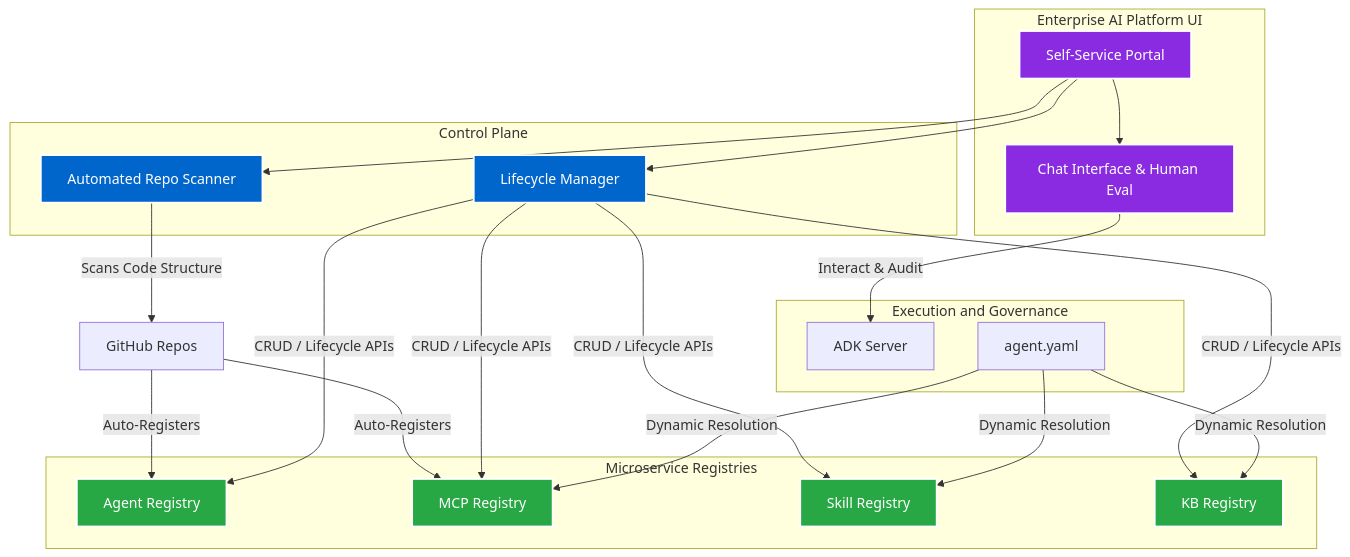
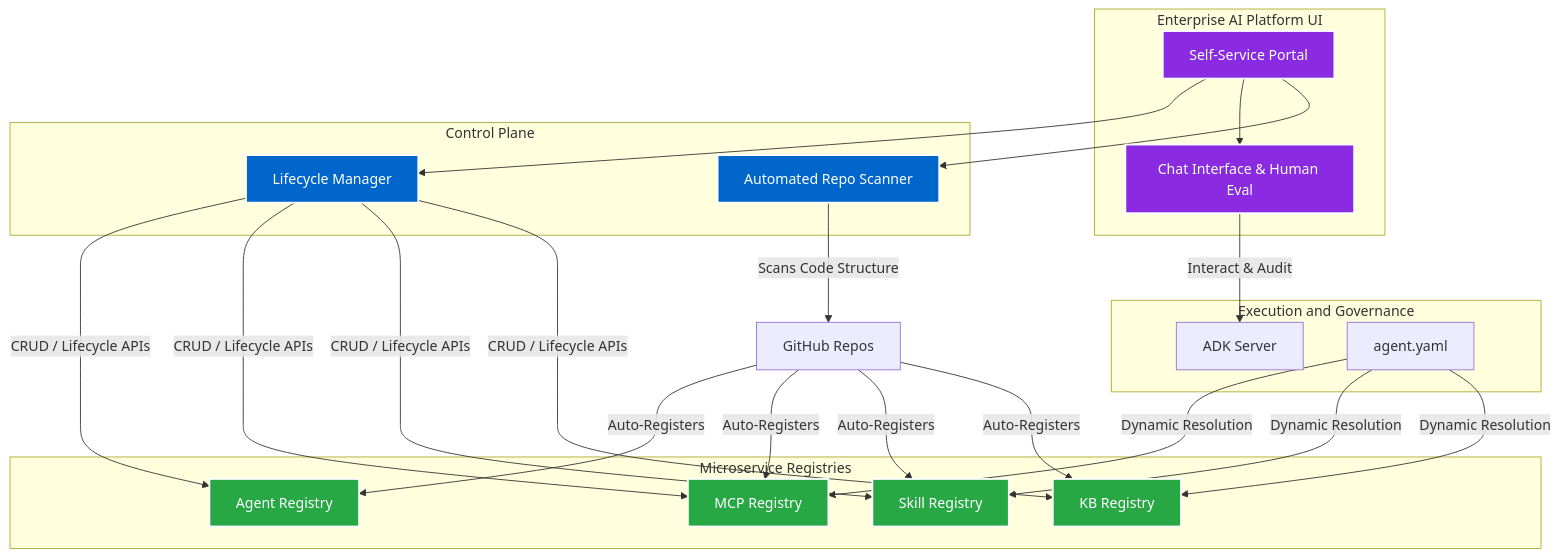
The diagram in src/content/projects/enterprise-ai-platform.md (VinodKumarKP/my_portfolio), drawn with Mermaid before and after one commit.

````diff
--- a/src/content/projects/enterprise-ai-platform.md
+++ b/src/content/projects/enterprise-ai-platform.md
@@ -43,50 +43,52 @@
 ```mermaid
 graph TD
     subgraph SG1 [Enterprise AI Platform UI]
         UI[Self-Service Portal]
         Chat["Chat Interface & Human Eval"]
     end
 
     subgraph SG2 [Control Plane]
         Scanner[Automated Repo Scanner]
         LC[Lifecycle Manager]
     end
 
     subgraph SG3 [Microservice Registries]
         AR[Agent Registry]
         MR[MCP Registry]
         SR[Skill Registry]
         KR[KB Registry]
     end
 
     subgraph SG4 [Execution and Governance]
         ADK[ADK Server]
         YAML["agent.yaml"]
     end
 
     UI --> LC
     UI --> Chat
     UI --> Scanner
 
     Scanner -->|"Scans Code Structure"| GitHub[GitHub Repos]
     GitHub -->|"Auto-Registers"| AR
     GitHub -->|"Auto-Registers"| MR
+    GitHub -->|"Auto-Registers"| SR
+    GitHub -->|"Auto-Registers"| KR
 
     LC -->|"CRUD / Lifecycle APIs"| AR
     LC -->|"CRUD / Lifecycle APIs"| MR
     LC -->|"CRUD / Lifecycle APIs"| SR
     LC -->|"CRUD / Lifecycle APIs"| KR
 
     Chat -->|"Interact & Audit"| ADK
     YAML -->|"Dynamic Resolution"| MR
     YAML -->|"Dynamic Resolution"| SR
     YAML -->|"Dynamic Resolution"| KR
 
     classDef ui fill:#8a2be2,stroke:#fff,stroke-width:2px,color:#fff;
     classDef control fill:#0066cc,stroke:#fff,stroke-width:2px,color:#fff;
     classDef reg fill:#28a745,stroke:#fff,stroke-width:2px,color:#fff;
     
     class UI,Chat ui;
     class Scanner,LC control;
     class AR,MR,SR,KR reg;
 ```
````
